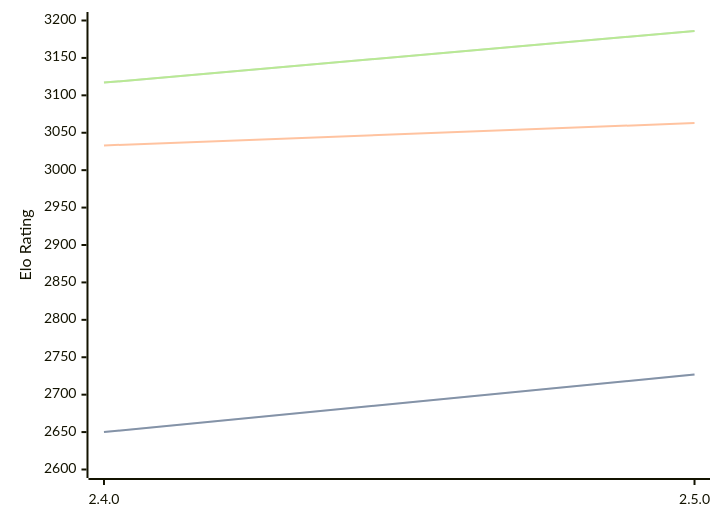
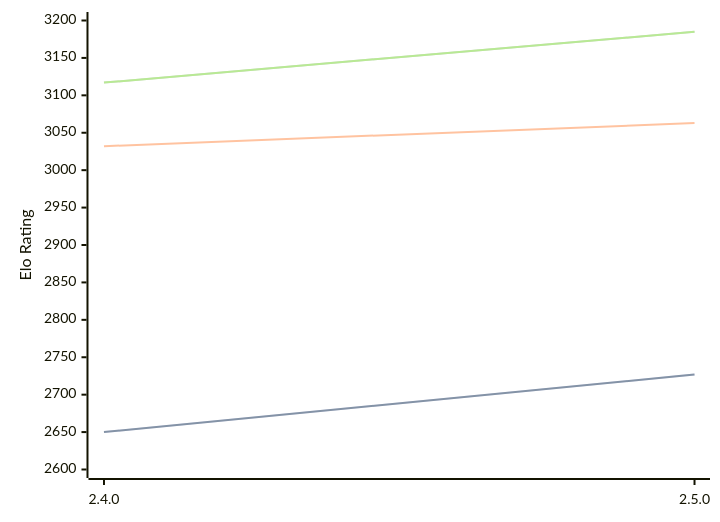
Before and after one commit to computer-chess-index/cci: the diagram in engines/Sturddle2.md, drawn with Mermaid. The commit also changed other lines of this file, not shown here.

Commit message:
Update CCI Ratings (ELO VLTC) - 2026-03-24

````diff
--- a/engines/Sturddle2.md
+++ b/engines/Sturddle2.md
@@ -37,11 +37,11 @@
 ```mermaid
 %%{init: {"theme":"base","themeVariables":{"seriesColors:['#a3a3a3','#222221','#faa371']}}}%%
 xychart-beta
   x-axis ["2.4.0", "2.5.0"]
   y-axis "Elo Rating" 2600 --> 3200
   line "STC (8.0+0.08s)" [2650, 2727]
   line "STC (8.0+0.08s)" [2650, 2727]
-  line "LTC (60.0+0.60s)" [3033, 3063]
-  line "VLTC (2m24s+1.12s)" [3117, 3186]
-  line "VLTC (2m24s+1.12s)" [3117, 3186]
+  line "LTC (60.0+0.60s)" [3032, 3063]
+  line "VLTC (2m24s+1.12s)" [3117, 3185]
+  line "VLTC (2m24s+1.12s)" [3117, 3185]
 ```
````
